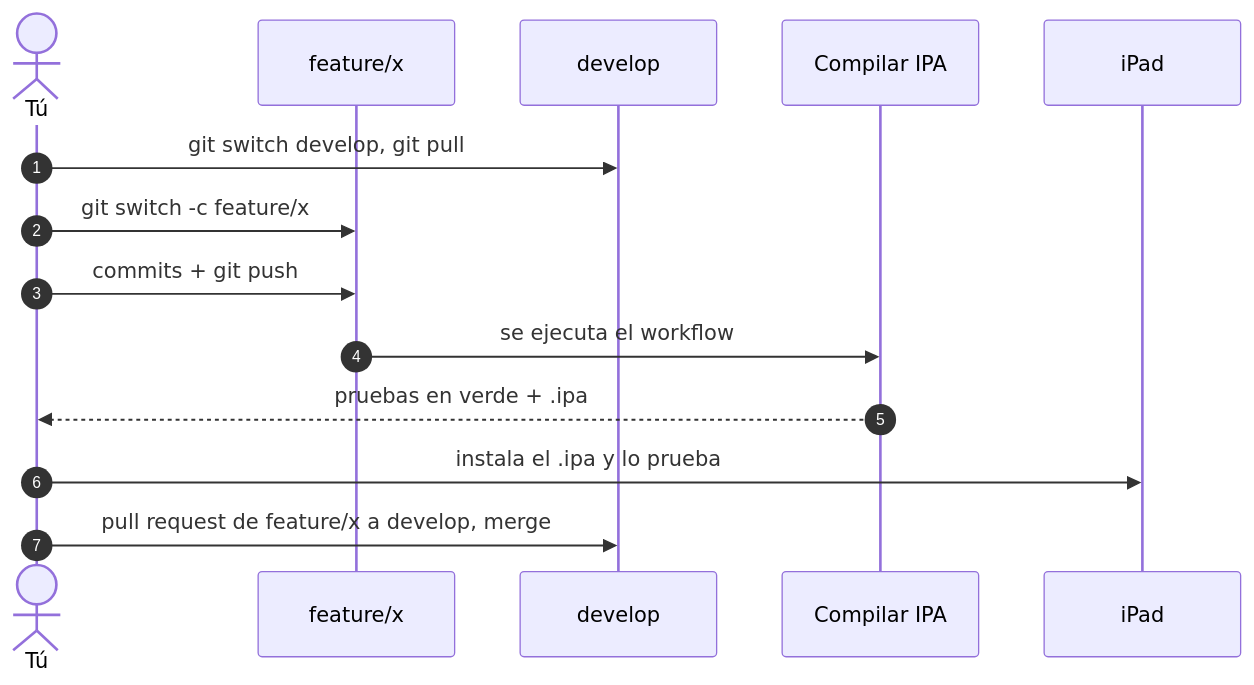
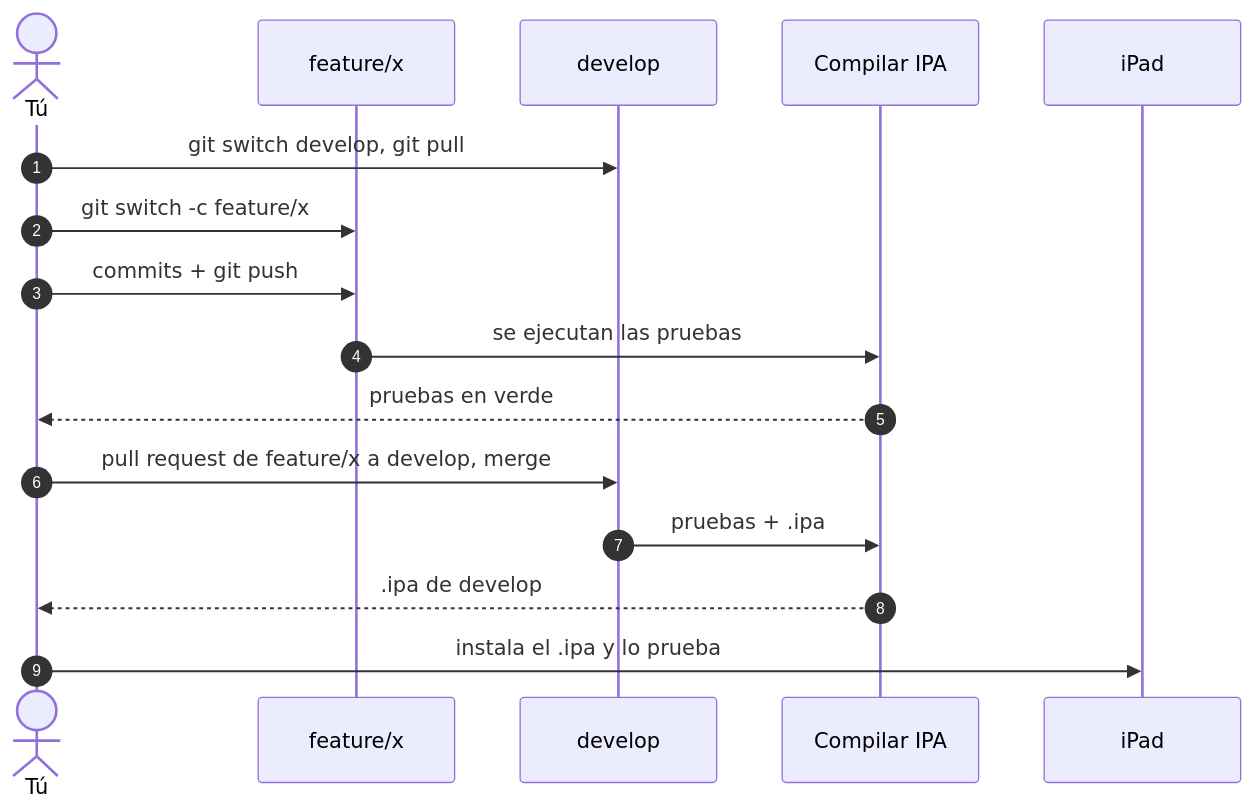
The second of 2 diagrams in docs/flujo-de-trabajo.md (jhonjairo6230/DrawPad), drawn with Mermaid before and after one commit. The commit also changed other lines of this file and 134 other files, not shown here.

````diff
--- a/docs/flujo-de-trabajo.md
+++ b/docs/flujo-de-trabajo.md
@@ -62,17 +65,19 @@
 ```mermaid
 sequenceDiagram
     autonumber
     actor Dev as Tú
     participant F as feature/x
     participant D as develop
     participant CI as Compilar IPA
     participant iPad
 
     Dev->>D: git switch develop, git pull
     Dev->>F: git switch -c feature/x
     Dev->>F: commits + git push
-    F->>CI: se ejecuta el workflow
-    CI-->>Dev: pruebas en verde + .ipa
+    F->>CI: se ejecutan las pruebas
+    CI-->>Dev: pruebas en verde
+    Dev->>D: pull request de feature/x a develop, merge
+    D->>CI: pruebas + .ipa
+    CI-->>Dev: .ipa de develop
     Dev->>iPad: instala el .ipa y lo prueba
-    Dev->>D: pull request de feature/x a develop, merge
 ```
````
